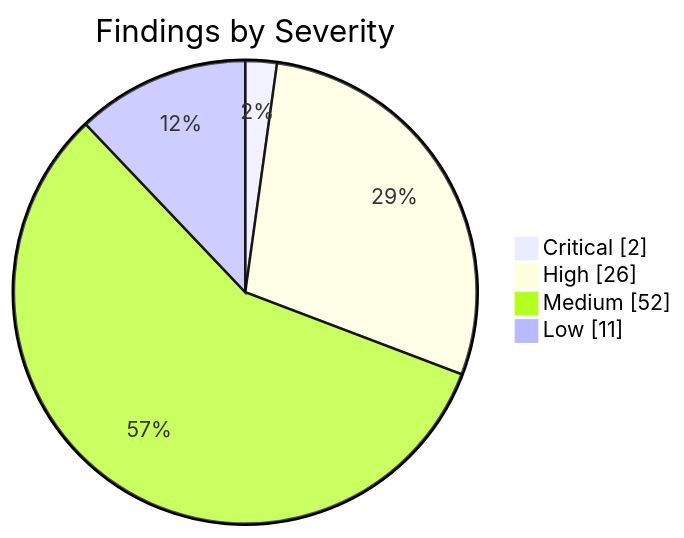
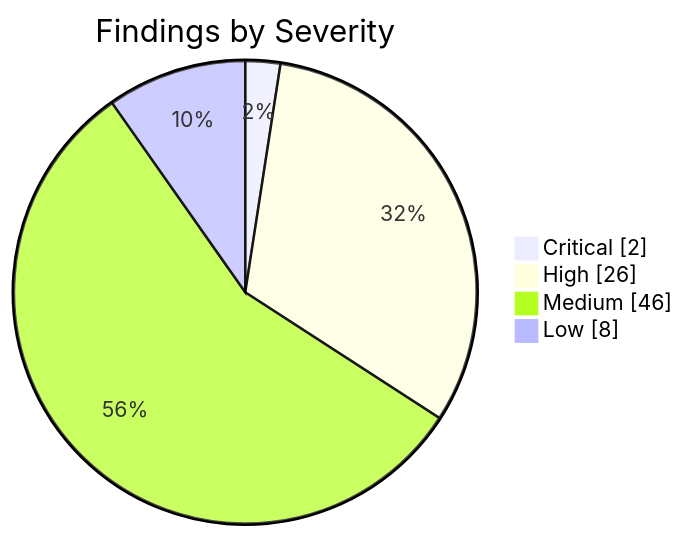
The first of 2 diagrams in apps/kbve/astro-kbve/src/content/docs/dashboard/security.mdx (KBVE/kbve), drawn with Mermaid before and after one commit. The commit also changed other lines of this file and 8 other files, not shown here.

````diff
--- a/apps/kbve/astro-kbve/src/content/docs/dashboard/security.mdx
+++ b/apps/kbve/astro-kbve/src/content/docs/dashboard/security.mdx
@@ -62,8 +62,8 @@
 ```mermaid
 pie showData
     title Findings by Severity
     "Critical" : 2
     "High" : 26
-    "Medium" : 52
-    "Low" : 11
+    "Medium" : 46
+    "Low" : 8
 ```
````
